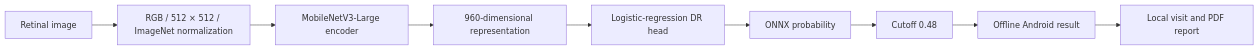
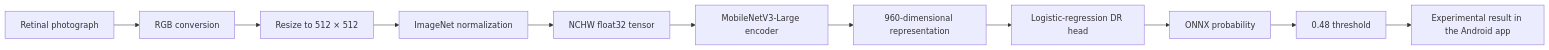
Before and after one commit to Mayank-gitspace/OFFIRST: the second of 2 diagrams in README.md, drawn with Mermaid. The commit also changed other lines of this file, not shown here.

Commit message:
Redesign OFFIRST Android project homepage

````diff
--- a/README.md
+++ b/README.md
@@ -73,11 +85,13 @@
 ```mermaid
 flowchart LR
-  A[Retinal image] --> B[RGB / 512 × 512 / ImageNet normalization]
-  B --> C[MobileNetV3-Large encoder]
-  C --> D[960-dimensional representation]
-  D --> E[Logistic-regression DR head]
-  E --> F[ONNX probability]
-  F --> G[Cutoff 0.48]
-  G --> H[Offline Android result]
-  H --> I[Local visit and PDF report]
+  A[Retinal photograph] --> B[RGB conversion]
+  B --> C[Resize to 512 × 512]
+  C --> D[ImageNet normalization]
+  D --> E[NCHW float32 tensor]
+  E --> F[MobileNetV3-Large encoder]
+  F --> G[960-dimensional representation]
+  G --> H[Logistic-regression DR head]
+  H --> I[ONNX probability]
+  I --> J[0.48 threshold]
+  J --> K[Experimental result in the Android app]
 ```
````
